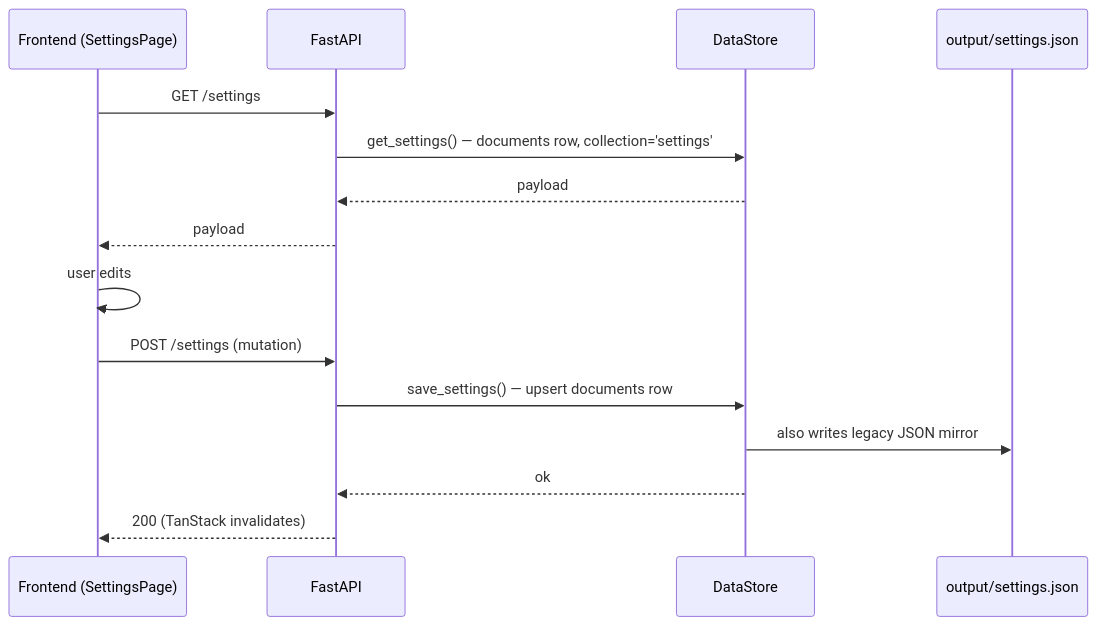
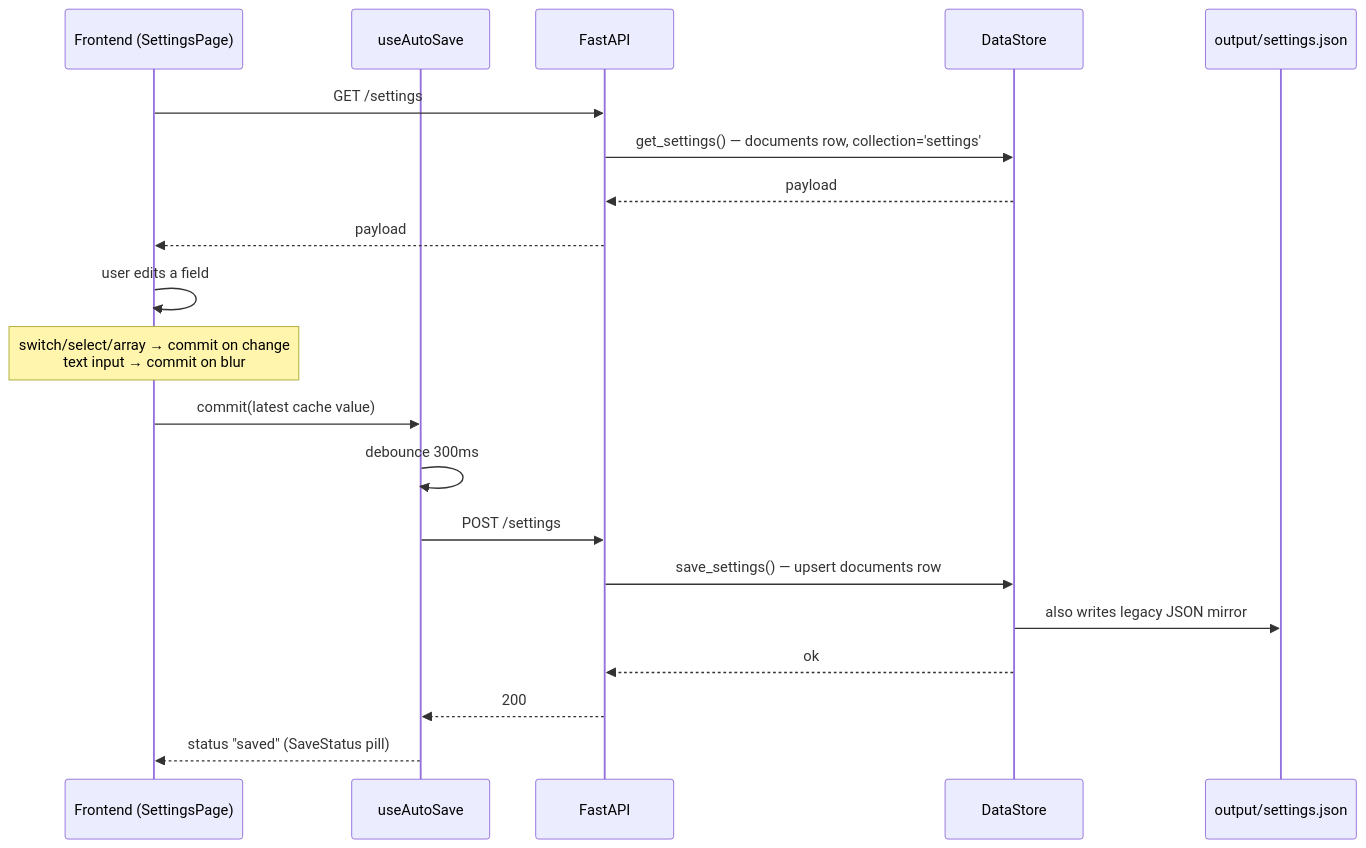
One commit to Fly-onlyone/ZZZ_Bot_Python changed the diagram in obsidian/00-Architecture/Settings Persistence Flow.md. Above: the diagram before and after it, drawn with Mermaid. The commit also changed other lines of this file and 27 other files, not shown here.

First line of the commit message:
feat(frontend): auto-save form data instead of manual save button

````diff
--- a/obsidian/00-Architecture/Settings Persistence Flow.md
+++ b/obsidian/00-Architecture/Settings Persistence Flow.md
@@ -22,18 +22,23 @@
 ```mermaid
 sequenceDiagram
     participant FE as Frontend (SettingsPage)
+    participant AS as useAutoSave
     participant API as FastAPI
     participant DS as DataStore
     participant FS as output/settings.json
 
     FE->>API: GET /settings
     API->>DS: get_settings() — documents row, collection='settings'
     DS-->>API: payload
     API-->>FE: payload
-    FE->>FE: user edits
-    FE->>API: POST /settings (mutation)
+    FE->>FE: user edits a field
+    Note over FE: switch/select/array → commit on change<br/>text input → commit on blur
+    FE->>AS: commit(latest cache value)
+    AS->>AS: debounce 300ms
+    AS->>API: POST /settings
     API->>DS: save_settings() — upsert documents row
     DS->>FS: also writes legacy JSON mirror
     DS-->>API: ok
-    API-->>FE: 200 (TanStack invalidates)
+    API-->>AS: 200
+    AS-->>FE: status "saved" (SaveStatus pill)
 ```
````
